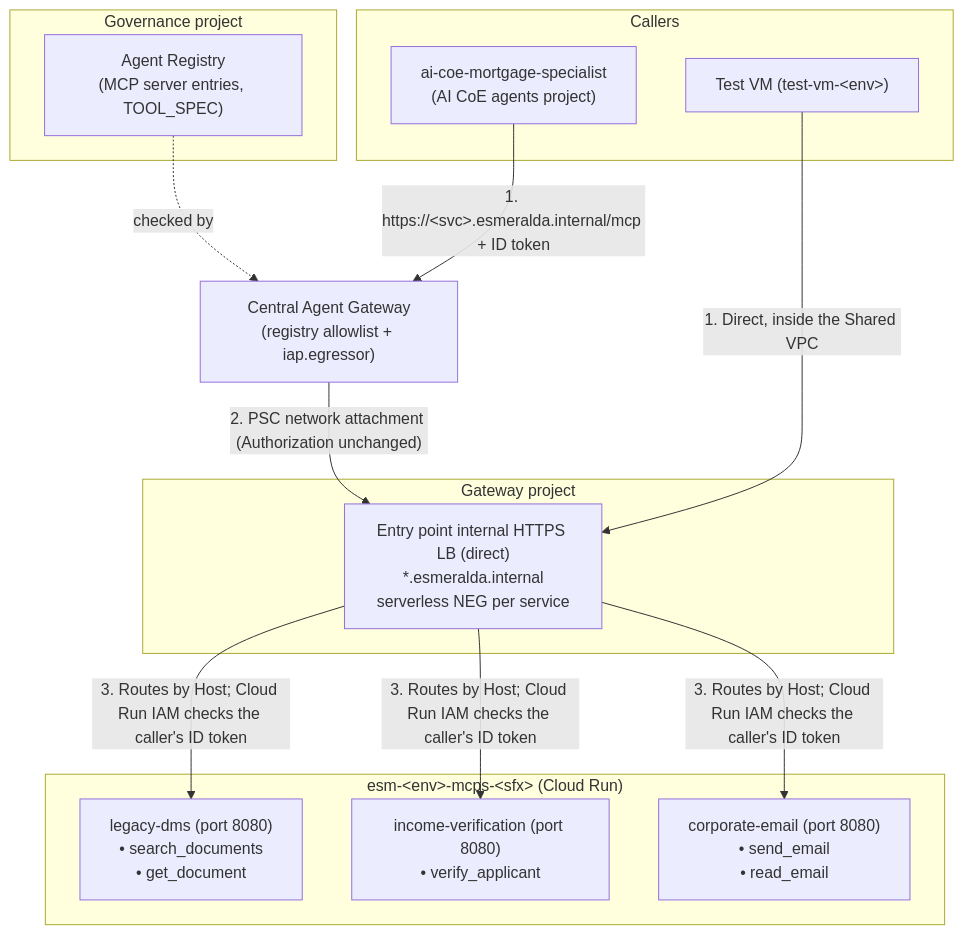
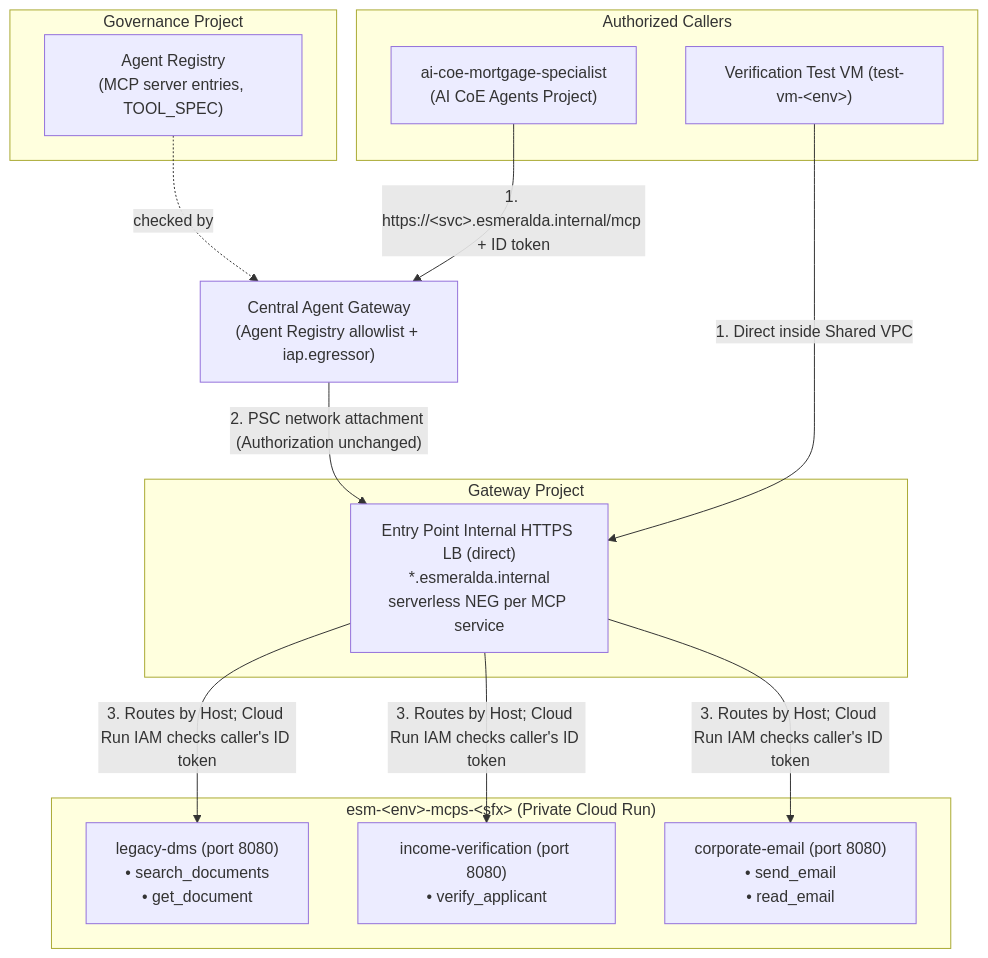
The diagram in docs/src/2-workloads-and-catalog/02-mcp-tool-servers.md (google/esmeralda), drawn with Mermaid before and after one commit. The commit also changed other lines of this file and 19 other files, not shown here.

````diff
--- a/docs/src/2-workloads-and-catalog/02-mcp-tool-servers.md
+++ b/docs/src/2-workloads-and-catalog/02-mcp-tool-servers.md
@@ -46,29 +29,29 @@
 ```mermaid
 flowchart TD
-    subgraph Clients["Callers"]
-        A2AAgent["ai-coe-mortgage-specialist<br/>(AI CoE agents project)"]
-        TestVM["Test VM (test-vm-#60;env#62;)"]
+    subgraph Clients["Authorized Callers"]
+        A2AAgent["ai-coe-mortgage-specialist<br/>(AI CoE Agents Project)"]
+        TestVM["Verification Test VM (test-vm-#60;env#62;)"]
     end
 
-    AGW["Central Agent Gateway<br/>(registry allowlist + iap.egressor)"]
+    AGW["Central Agent Gateway<br/>(Agent Registry allowlist + iap.egressor)"]
 
-    subgraph Gateway["Gateway project"]
-        ILB["Entry point internal HTTPS LB (direct)<br/>*.esmeralda.internal<br/>serverless NEG per service"]
+    subgraph Gateway["Gateway Project"]
+        ILB["Entry Point Internal HTTPS LB (direct)<br/>*.esmeralda.internal<br/>serverless NEG per MCP service"]
     end
 
-    subgraph Tools["esm-#60;env#62;-mcps-#60;sfx#62; (Cloud Run)"]
+    subgraph Tools["esm-#60;env#62;-mcps-#60;sfx#62; (Private Cloud Run)"]
         DMS["legacy-dms (port 8080)<br/>• search_documents<br/>• get_document"]
         Income["income-verification (port 8080)<br/>• verify_applicant"]
         Email["corporate-email (port 8080)<br/>• send_email<br/>• read_email"]
     end
 
-    subgraph Catalog["Governance project"]
+    subgraph Catalog["Governance Project"]
         Registry["Agent Registry<br/>(MCP server entries, TOOL_SPEC)"]
     end
 
     A2AAgent -->|"1. https://#60;svc#62;.esmeralda.internal/mcp + ID token"| AGW
     AGW -->|"2. PSC network attachment (Authorization unchanged)"| ILB
-    TestVM -->|1. Direct, inside the Shared VPC| ILB
-    ILB -->|"3. Routes by Host; Cloud Run IAM checks the caller's ID token"| DMS & Income & Email
+    TestVM -->|1. Direct inside Shared VPC| ILB
+    ILB -->|"3. Routes by Host; Cloud Run IAM checks caller's ID token"| DMS & Income & Email
     Registry -.->|checked by| AGW
 ```
````
